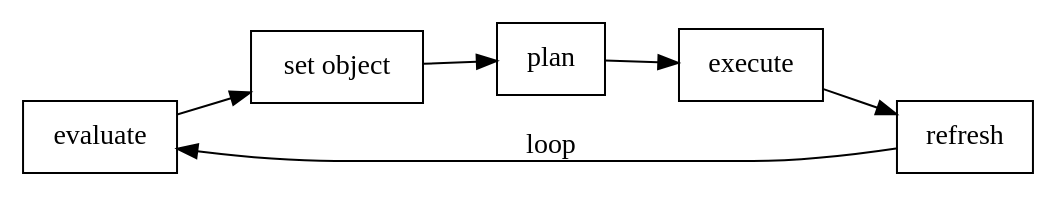
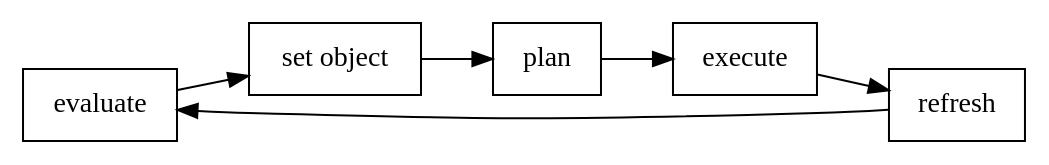
One commit to DreamAndDead/DreamAndDead.github.io changed the first of 2 diagrams in org/goal-theory/index.org. Above: the diagram before and after it, drawn with Graphviz. The commit also changed other lines of this file and 9 other files, not shown here.

```diff
--- a/org/goal-theory/index.org
+++ b/org/goal-theory/index.org
@@ -198,9 +238,9 @@
 #+begin_src dot :file images/theory-loop.png
 digraph {
 	rankdir=LR;
 	node[shape=rectangle];
 	
     evaluate -> "set object" -> plan -> execute -> refresh;
-    refresh -> evaluate[label="loop"];
+    refresh -> evaluate;
 }
 #+end_src
```
